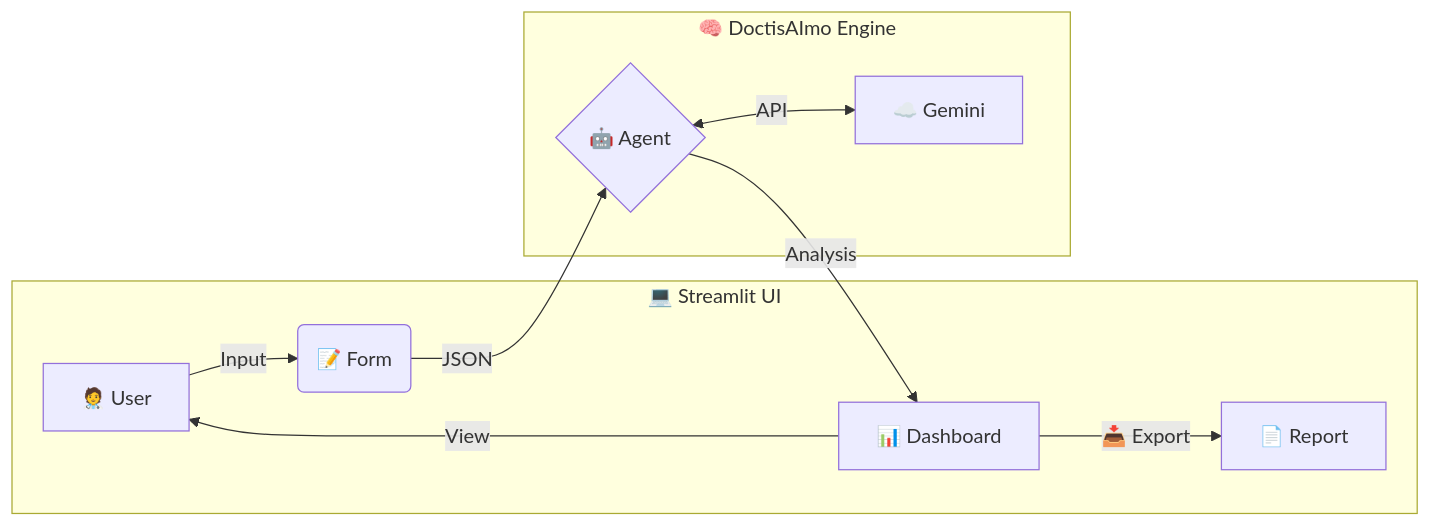
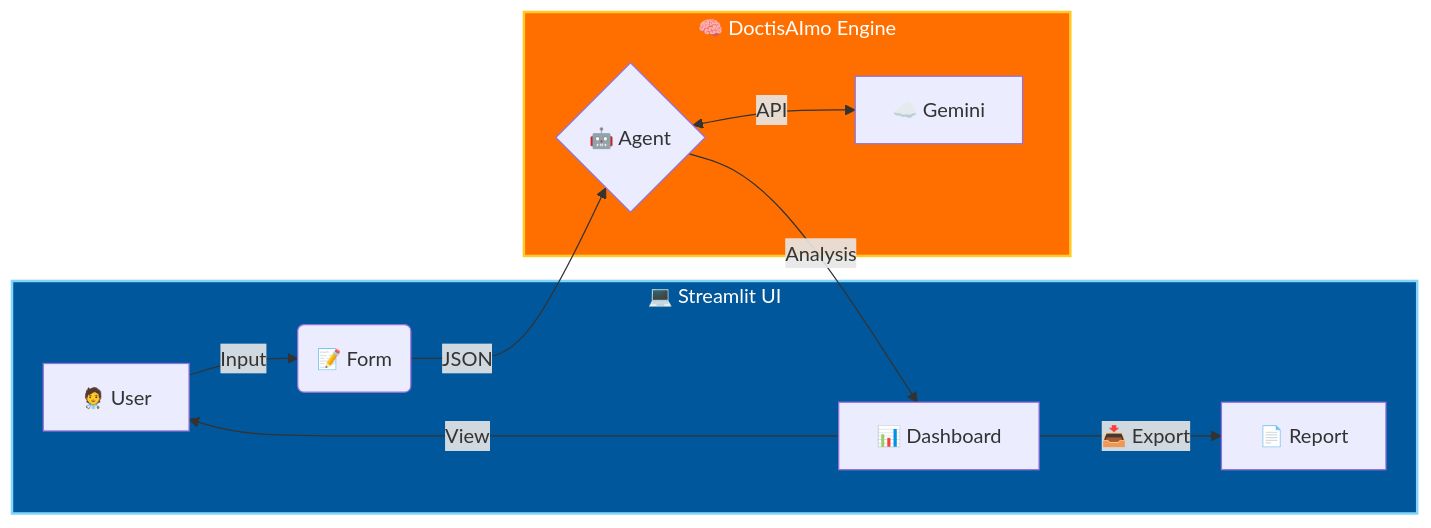
Before and after one commit to Adam-Blf/Projet-IA-Generative-Doctis-AI-mo: the second of 2 diagrams in README.md, drawn with Mermaid. The commit also changed other lines of this file, not shown here.

Commit message:
Docs: Restore diagram colors with Dark Mode support

````diff
--- a/README.md
+++ b/README.md
@@ -133,14 +136,17 @@
 ```mermaid
 graph LR
     subgraph Client [💻 Streamlit UI]
         A[🧑‍⚕️ User] -->|Input| B(📝 Form);
         E[📊 Dashboard] -->|View| A;
         E -->|📥 Export| F[📄 Report];
     end
     
     subgraph Core [🧠 DoctisAImo Engine]
         B -->|JSON| C{🤖 Agent};
         C <-->|API| D[☁️ Gemini];
         C -->|Analysis| E;
     end
+    
+    style Client fill:#01579b,stroke:#81d4fa,stroke-width:2px,color:#fff
+    style Core fill:#ff6f00,stroke:#ffca28,stroke-width:2px,color:#fff
 ```
````
